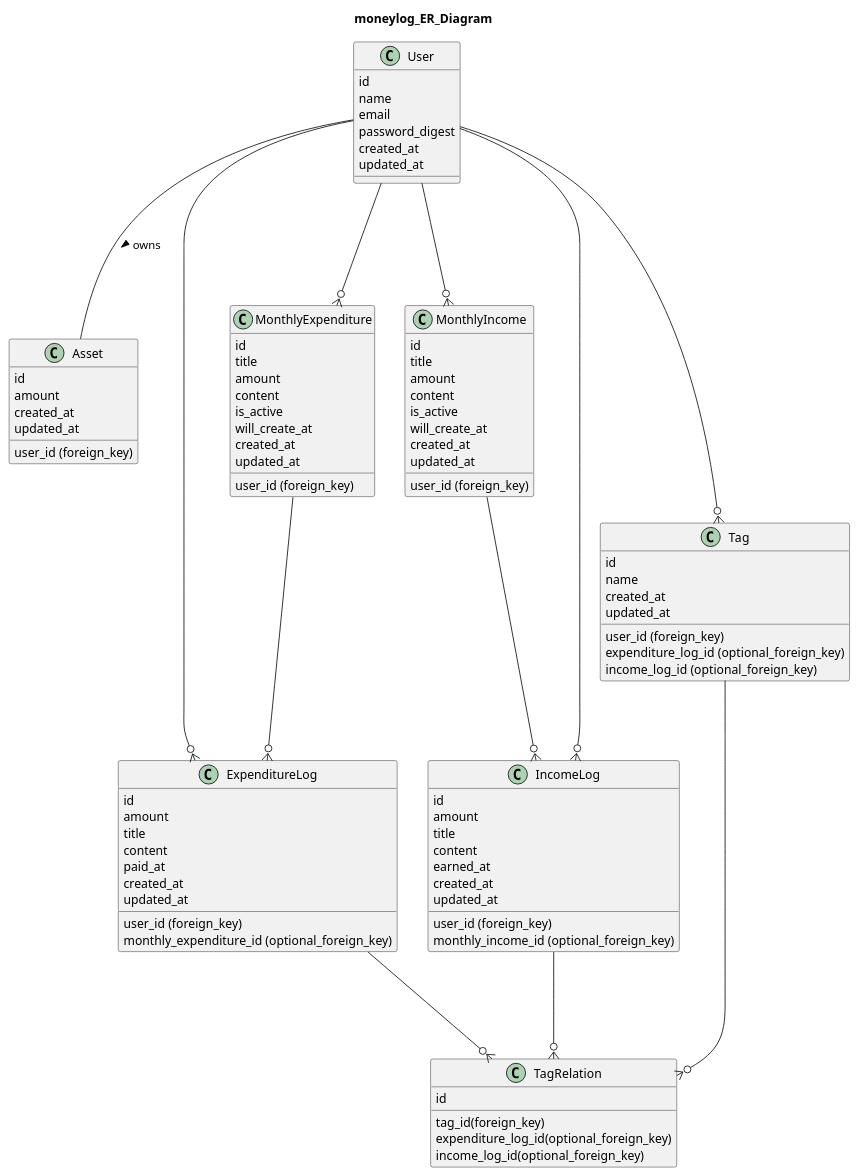
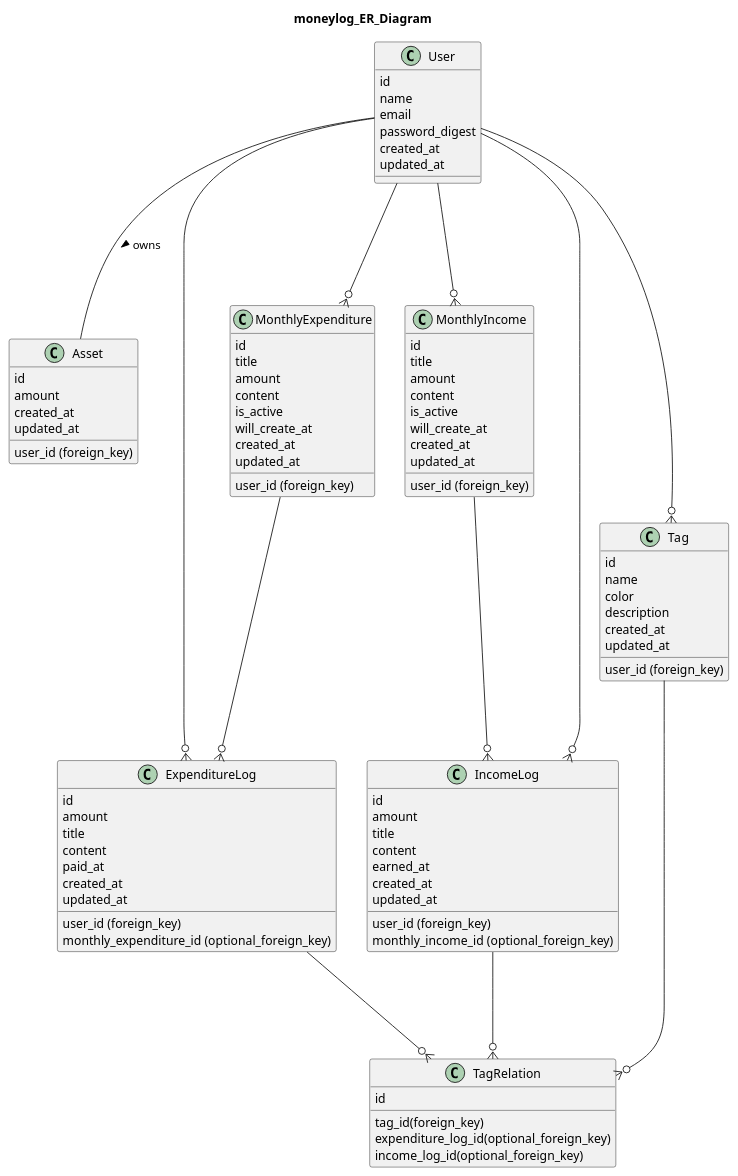
One commit to digitter/moneylog changed the diagram in moneylog_doc/moneylog_uml.pu. Above: the diagram before and after it, drawn with PlantUML. The commit also changed 5 other files, not shown here.

```diff
--- a/moneylog_doc/moneylog_uml.pu
+++ b/moneylog_doc/moneylog_uml.pu
@@ -1,94 +1,94 @@
 @startuml
   title moneylog_ER_Diagram
 
   ' Relationship
   User --- Asset: owns >
   User ---o{ ExpenditureLog
   User ---o{ IncomeLog
   User ---o{ MonthlyExpenditure
   User ---o{ MonthlyIncome
   User ---o{ Tag
 
   MonthlyExpenditure ---o{ ExpenditureLog
   MonthlyIncome ---o{ IncomeLog
 
   IncomeLog ---o{ TagRelation
   ExpenditureLog ---o{ TagRelation
 
   Tag --o{ TagRelation
 
   class User {
     id
     name
     email
     password_digest
     created_at
     updated_at
   }
   class Asset {
     id
     user_id (foreign_key)
     amount
     created_at
     updated_at
   }
   class MonthlyExpenditure {
     id
     user_id (foreign_key)
     title
     amount
     content
     is_active
     will_create_at
     created_at
     updated_at
   }
   class MonthlyIncome {
     id
     user_id (foreign_key)
     title
     amount
     content
     is_active
     will_create_at
     created_at
     updated_at
   }
   class IncomeLog {
     id
     user_id (foreign_key)
     monthly_income_id (optional_foreign_key)
     amount
     title
     content
     earned_at
     created_at
     updated_at
   }
   class ExpenditureLog {
     id
     user_id (foreign_key)
     monthly_expenditure_id (optional_foreign_key)
     amount
     title
     content
     paid_at
     created_at
     updated_at
   }
   class TagRelation {
     id
     tag_id(foreign_key)
     expenditure_log_id(optional_foreign_key)
     income_log_id(optional_foreign_key)
   }
   class Tag {
     id
     user_id (foreign_key)
-    expenditure_log_id (optional_foreign_key)
-    income_log_id (optional_foreign_key)
     name
+    color
+    description
     created_at
     updated_at
   }
 @enduml
```
